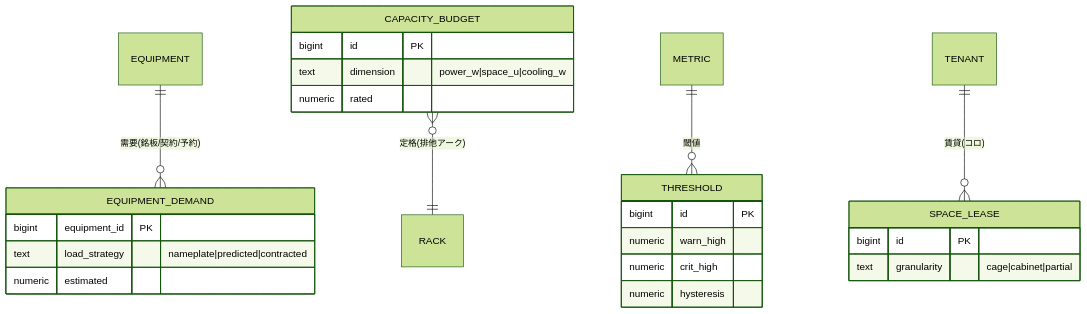
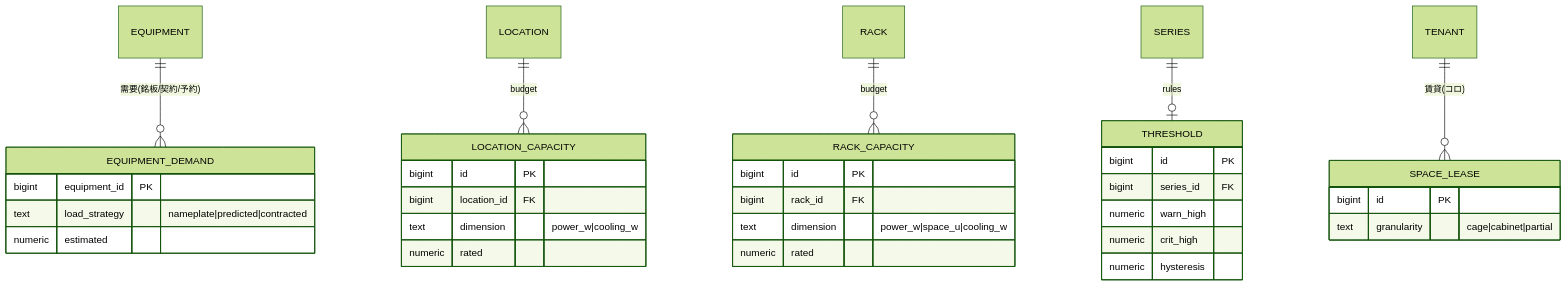
The fifth of 6 diagrams in 00-overview.md (hn-11/dcim-schema-design), drawn with Mermaid (forest theme) before and after one commit. The commit also changed other lines of this file and 8 other files, not shown here.

First line of the commit message:
refactor(schema): 論理グルーピング追加 + 型制約全面改訂 + 構造リファクタ

````diff
--- a/00-overview.md
+++ b/00-overview.md
@@ -260,28 +260,37 @@
 ```mermaid
 erDiagram
     EQUIPMENT ||--o{ EQUIPMENT_DEMAND : "需要(銘板/契約/予約)"
-    CAPACITY_BUDGET }o--|| RACK : "定格(排他アーク)"
-    METRIC ||--o{ THRESHOLD : "閾値"
+    LOCATION ||--o{ LOCATION_CAPACITY : "budget"
+    RACK ||--o{ RACK_CAPACITY : "budget"
+    SERIES ||--o| THRESHOLD : "rules"
     TENANT ||--o{ SPACE_LEASE : "賃貸(コロ)"
 
-    CAPACITY_BUDGET {
+    LOCATION_CAPACITY {
         bigint id PK
+        bigint location_id FK
+        text dimension "power_w|cooling_w"
+        numeric rated
+    }
+    RACK_CAPACITY {
+        bigint id PK
+        bigint rack_id FK
         text dimension "power_w|space_u|cooling_w"
         numeric rated
     }
     EQUIPMENT_DEMAND {
         bigint equipment_id PK
         text load_strategy "nameplate|predicted|contracted"
         numeric estimated
     }
     THRESHOLD {
         bigint id PK
+        bigint series_id FK
         numeric warn_high
         numeric crit_high
         numeric hysteresis
     }
     SPACE_LEASE {
         bigint id PK
         text granularity "cage|cabinet|partial"
     }
 ```
````
